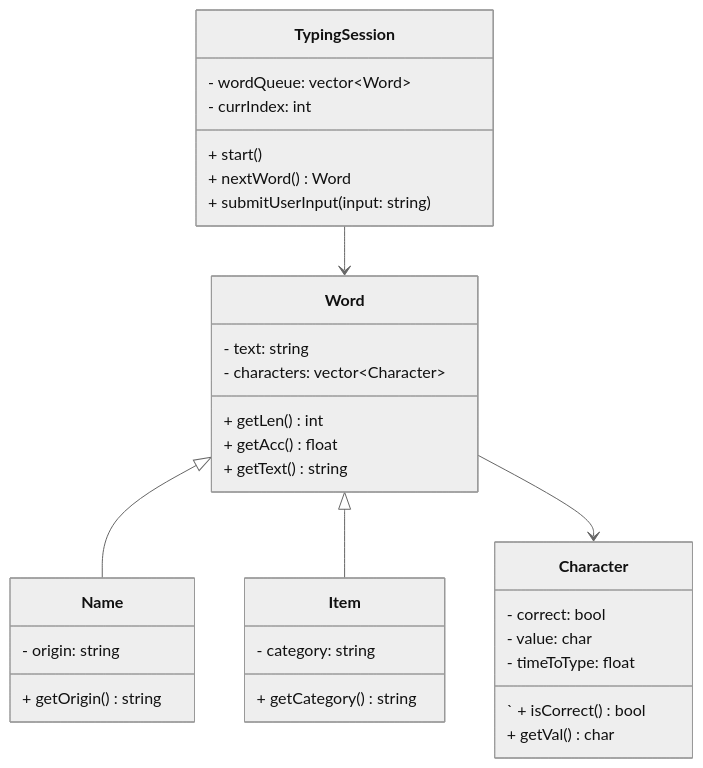
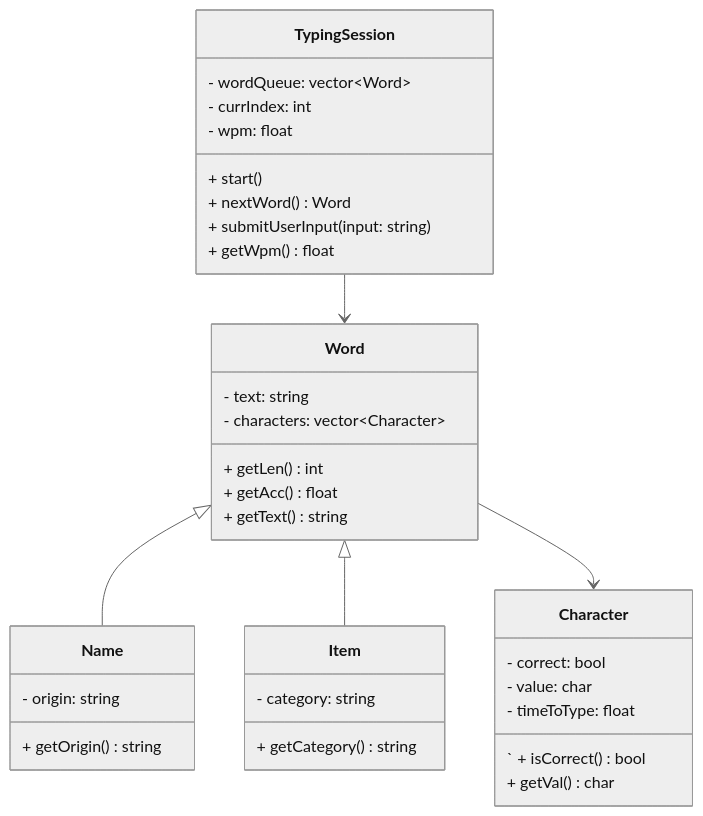
One commit to impxcts/tippitytappity-design changed the diagram in README.md. Above: the diagram before and after it, drawn with Mermaid (neutral theme).

Commit message:
added WPM (words per minute) to my TypingSession Class

````diff
--- a/README.md
+++ b/README.md
@@ -8,36 +8,38 @@
 ```mermaid
 classDiagram
   Word <|-- Name
   Word <|-- Item
   Word --> Character
 TypingSession --> Word
 class Character{
         - correct: bool
         - value: char
         - timeToType: float
   `     + isCorrect() bool
         + getVal() char
   }
 class Word{
         - text: string
         - characters: vector~Character~
         + getLen() int
         + getAcc() float
         + getText() string
 }
 class Name{
         - origin: string
         + getOrigin() string
 }
 class Item{
         - category: string
         + getCategory() string
 }
 class TypingSession{
         - wordQueue: vector~Word~
         - currIndex: int
+        - wpm: float
         + start()
         + nextWord() Word
         + submitUserInput(input: string)
+        + getWpm() float
 }
 ```
````
